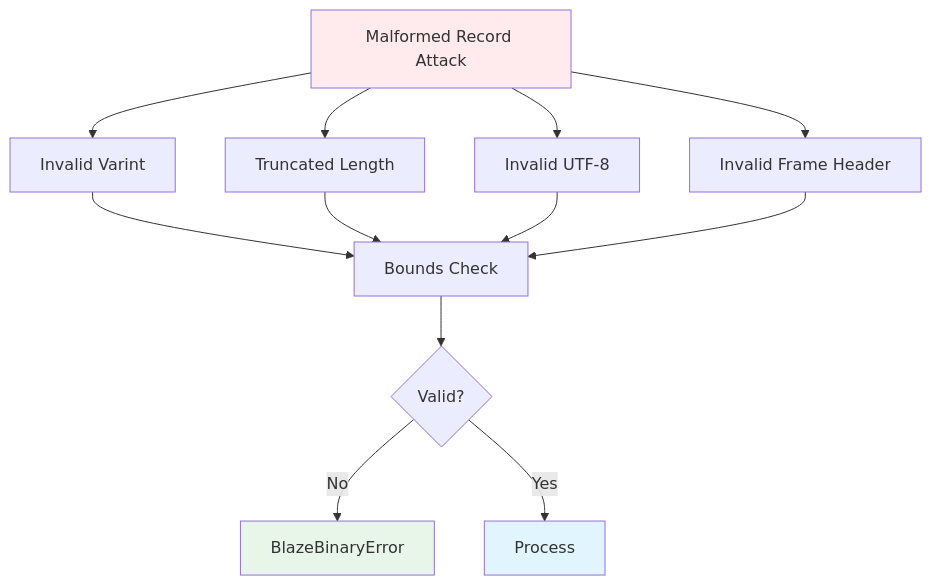
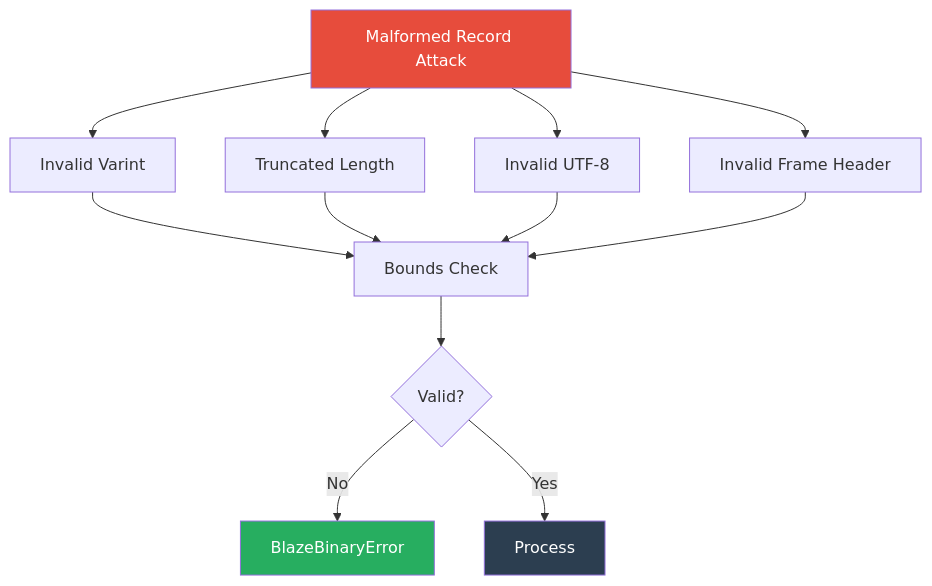
Before and after one commit to Mikedan37/BlazeBinary: the first of 2 diagrams in Docs/THREAT_MODEL.md, drawn with Mermaid. The commit also changed other lines of this file and 11 other files, not shown here.

First line of the commit message:
Improve Mermaid diagrams and code display formatting

````diff
--- a/Docs/THREAT_MODEL.md
+++ b/Docs/THREAT_MODEL.md
@@ -28,20 +28,20 @@
 ```mermaid
 graph TD
     A[Malformed Record Attack] --> B[Invalid Varint]
     A --> C[Truncated Length]
     A --> D[Invalid UTF-8]
     A --> E[Invalid Frame Header]
     
     B --> F[Bounds Check]
     C --> F
     D --> F
     E --> F
     
     F --> G{Valid?}
     G -->|No| H[BlazeBinaryError]
     G -->|Yes| I[Process]
     
-    style A fill:#ffebee
-    style H fill:#e8f5e9
-    style I fill:#e1f5ff
+    style A fill:#e74c3c,color:#ffffff
+    style H fill:#27ae60,color:#ffffff
+    style I fill:#2c3e50,color:#ffffff
 ```
````
